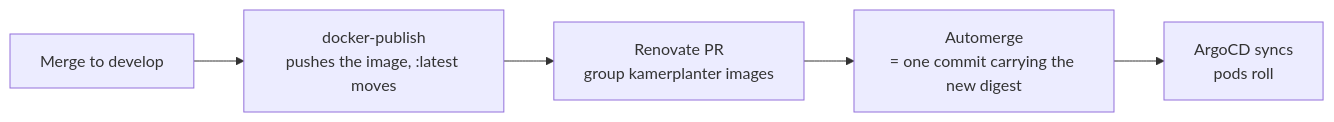
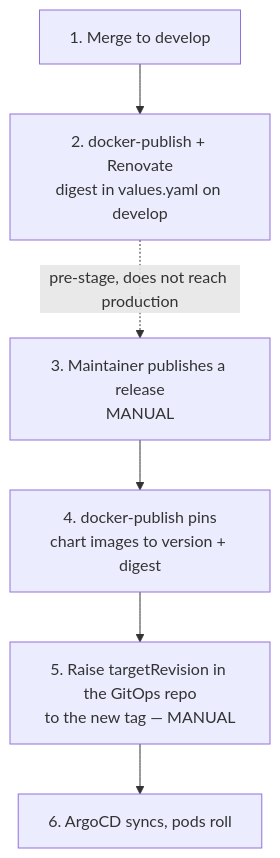
One commit to nolte/kamerplanter changed the second of 2 diagrams in docs/en/deployment/ci-cd.md. Above: the diagram before and after it, drawn with Mermaid. The commit also changed other lines of this file and 5 other files, not shown here.

````diff
--- a/docs/en/deployment/ci-cd.md
+++ b/docs/en/deployment/ci-cd.md
@@ -425,7 +443,8 @@
 ```mermaid
-graph LR
-    A[Merge to develop] --> B[docker-publish<br/>pushes the image, :latest moves]
-    B --> C[Renovate PR<br/>group kamerplanter images]
-    C --> D[Automerge<br/>= one commit carrying the new digest]
-    D --> E[ArgoCD syncs<br/>pods roll]
+graph TD
+    A[1. Merge to develop] --> B[2. docker-publish + Renovate<br/>digest in values.yaml on develop]
+    B -.pre-stage, does not reach production.-> C
+    C[3. Maintainer publishes a release<br/>MANUAL] --> D[4. docker-publish pins<br/>chart images to version + digest]
+    D --> E[5. Raise targetRevision in the GitOps repo<br/>to the new tag — MANUAL]
+    E --> F[6. ArgoCD syncs, pods roll]
 ```
````
